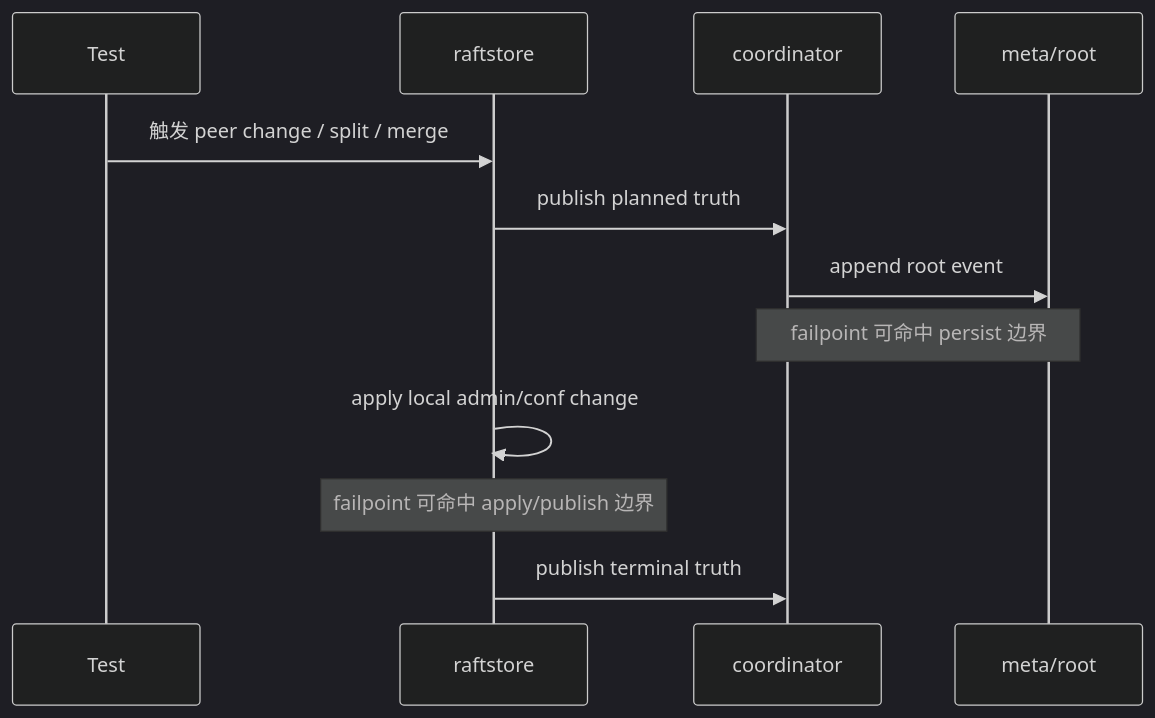
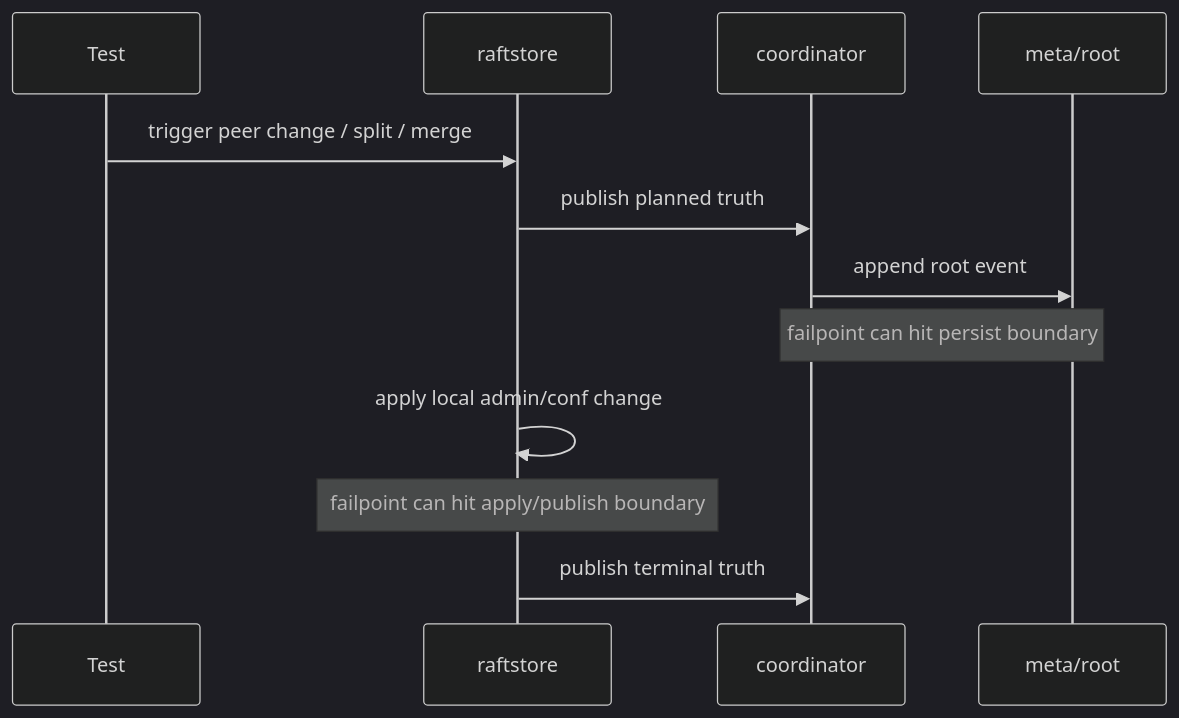
One commit to feichai0017/NoKV changed the second of 2 diagrams in docs/notes/2026-03-30-distributed-testing-and-failpoints.md. Above: the diagram before and after it, drawn with Mermaid (dark theme). The commit also changed other lines of this file and 23 other files, not shown here.

````diff
--- a/docs/notes/2026-03-30-distributed-testing-and-failpoints.md
+++ b/docs/notes/2026-03-30-distributed-testing-and-failpoints.md
@@ -125,15 +125,15 @@
 ```mermaid
 sequenceDiagram
     participant T as Test
     participant RS as raftstore
     participant Coordinator as coordinator
     participant MR as meta/root
 
-    T->>RS: 触发 peer change / split / merge
+    T->>RS: trigger peer change / split / merge
     RS->>Coordinator: publish planned truth
     Coordinator->>MR: append root event
-    Note over Coordinator,MR: failpoint 可命中 persist 边界
+    Note over Coordinator,MR: failpoint can hit persist boundary
     RS->>RS: apply local admin/conf change
-    Note over RS: failpoint 可命中 apply/publish 边界
+    Note over RS: failpoint can hit apply/publish boundary
     RS->>Coordinator: publish terminal truth
 ```
````
